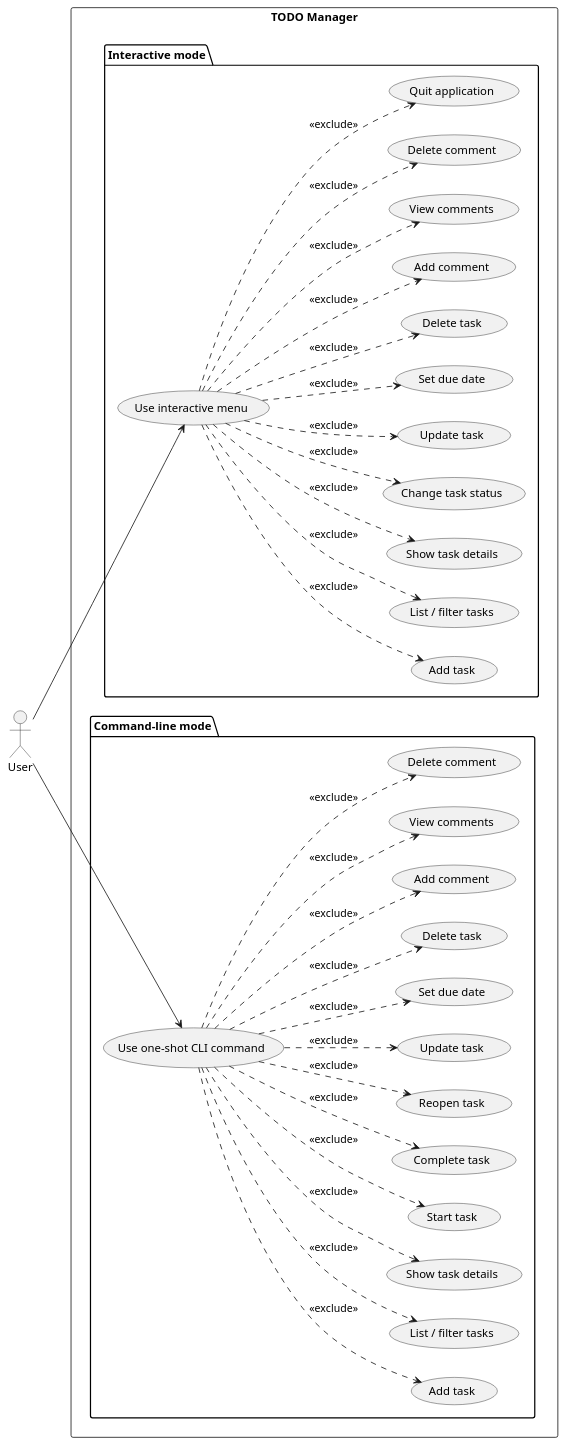
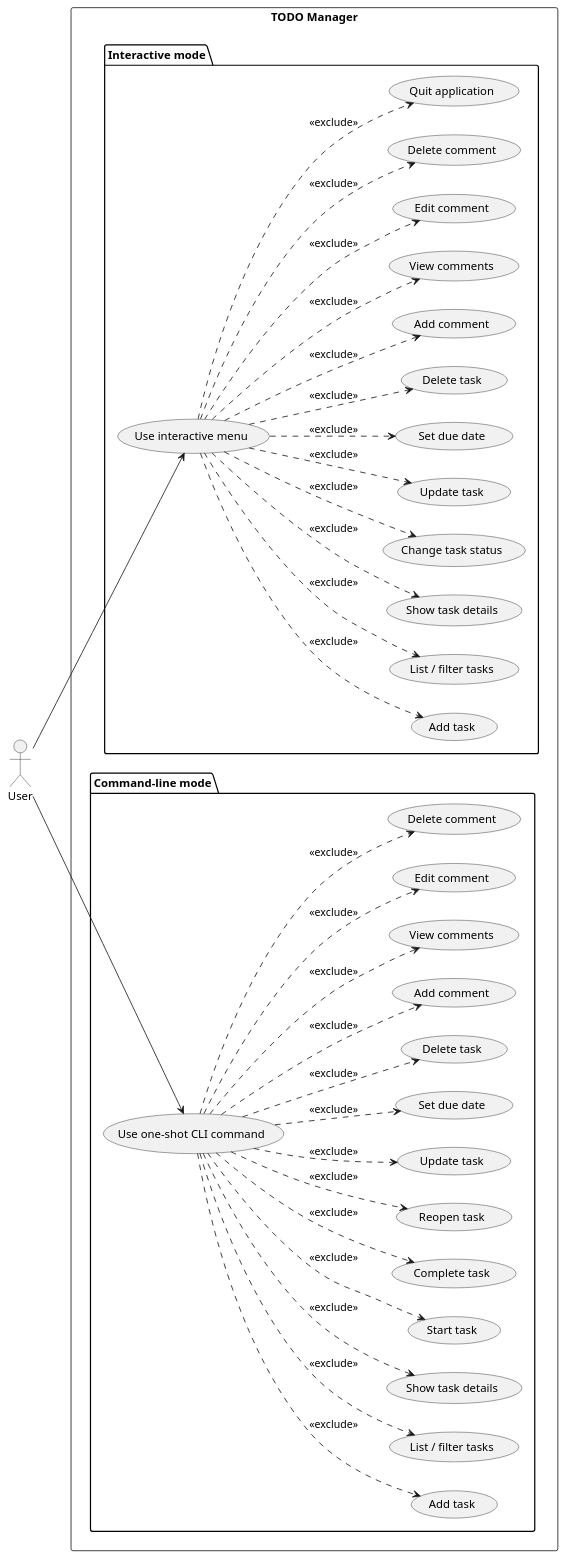
One commit to DanielRiha8906/Software_autoevolution_using_agents changed the diagram in experiments/pipeline/user_stories/TODO/artifacts/use_case_diagram.puml. Above: the diagram before and after it, drawn with PlantUML. The commit also changed 14 other files, not shown here.

```diff
--- a/experiments/pipeline/user_stories/TODO/artifacts/use_case_diagram.puml
+++ b/experiments/pipeline/user_stories/TODO/artifacts/use_case_diagram.puml
@@ -1,69 +1,73 @@
 @startuml use_case_diagram
 
 left to right direction
 
 actor User
 
 rectangle "TODO Manager" {
 
   package "Interactive mode" {
     usecase "Use interactive menu" as UI
     usecase "Add task" as I_ADD
     usecase "List / filter tasks" as I_LIST
     usecase "Show task details" as I_SHOW
     usecase "Change task status" as I_STATUS
     usecase "Update task" as I_UPDATE
     usecase "Set due date" as I_DUEDATE
     usecase "Delete task" as I_DELETE
     usecase "Add comment" as I_COMMENT_ADD
     usecase "View comments" as I_COMMENT_VIEW
+    usecase "Edit comment" as I_COMMENT_EDIT
     usecase "Delete comment" as I_COMMENT_DELETE
     usecase "Quit application" as I_QUIT
   }
 
   package "Command-line mode" {
     usecase "Use one-shot CLI command" as CLI
     usecase "Add task" as C_ADD
     usecase "List / filter tasks" as C_LIST
     usecase "Show task details" as C_SHOW
     usecase "Start task" as C_START
     usecase "Complete task" as C_DONE
     usecase "Reopen task" as C_REOPEN
     usecase "Update task" as C_UPDATE
     usecase "Set due date" as C_DUEDATE
     usecase "Delete task" as C_DELETE
     usecase "Add comment" as C_COMMENT_ADD
     usecase "View comments" as C_COMMENT_VIEW
+    usecase "Edit comment" as C_COMMENT_EDIT
     usecase "Delete comment" as C_COMMENT_DELETE
   }
 }
 
 User --> UI
 User --> CLI
 
 UI ..> I_ADD      : <<exclude>>
 UI ..> I_LIST     : <<exclude>>
 UI ..> I_SHOW     : <<exclude>>
 UI ..> I_STATUS   : <<exclude>>
 UI ..> I_UPDATE   : <<exclude>>
 UI ..> I_DUEDATE  : <<exclude>>
 UI ..> I_DELETE   : <<exclude>>
 UI ..> I_COMMENT_ADD : <<exclude>>
 UI ..> I_COMMENT_VIEW : <<exclude>>
+UI ..> I_COMMENT_EDIT : <<exclude>>
 UI ..> I_COMMENT_DELETE : <<exclude>>
 UI ..> I_QUIT     : <<exclude>>
 
 CLI ..> C_ADD     : <<exclude>>
 CLI ..> C_LIST    : <<exclude>>
 CLI ..> C_SHOW    : <<exclude>>
 CLI ..> C_START   : <<exclude>>
 CLI ..> C_DONE    : <<exclude>>
 CLI ..> C_REOPEN  : <<exclude>>
 CLI ..> C_UPDATE  : <<exclude>>
 CLI ..> C_DUEDATE : <<exclude>>
 CLI ..> C_DELETE  : <<exclude>>
 CLI ..> C_COMMENT_ADD : <<exclude>>
 CLI ..> C_COMMENT_VIEW : <<exclude>>
+CLI ..> C_COMMENT_EDIT : <<exclude>>
 CLI ..> C_COMMENT_DELETE : <<exclude>>
 
 @enduml
```
